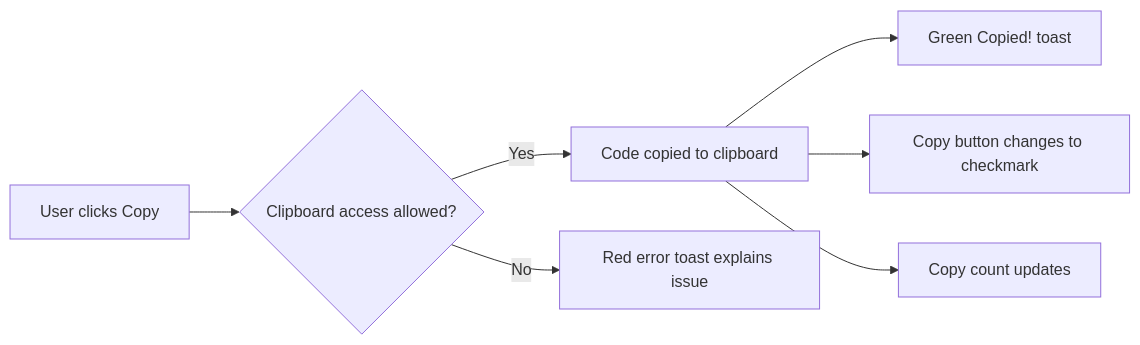
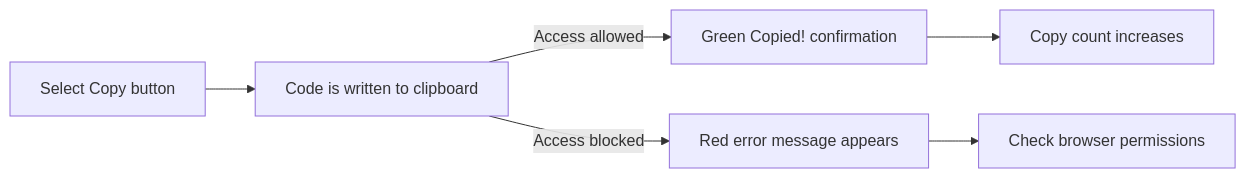
Before and after one commit to Mohita111/API2: the diagram in api2-documentation/plan_2026-11-02_f8890e/user-facing-docs/copy-to-clipboard.md, drawn with Mermaid. The commit also changed other lines of this file and 12 other files, not shown here.

````diff
--- a/api2-documentation/plan_2026-11-02_f8890e/user-facing-docs/copy-to-clipboard.md
+++ b/api2-documentation/plan_2026-11-02_f8890e/user-facing-docs/copy-to-clipboard.md
@@ -24,9 +22,8 @@
 ```mermaid
 graph LR
-A[User clicks Copy] --> B{"Clipboard access allowed?"}
-B -->|Yes| C[Code copied to clipboard]
-C --> D["Green Copied! toast"]
-C --> E[Copy button changes to checkmark]
-C --> F[Copy count updates]
-B -->|No| G[Red error toast explains issue]
+    A[Select Copy button] --> B[Code is written to clipboard]
+    B -->|Access allowed| C["Green Copied! confirmation"]
+    B -->|Access blocked| D[Red error message appears]
+    C --> E[Copy count increases]
+    D --> F[Check browser permissions]
 ```
````
